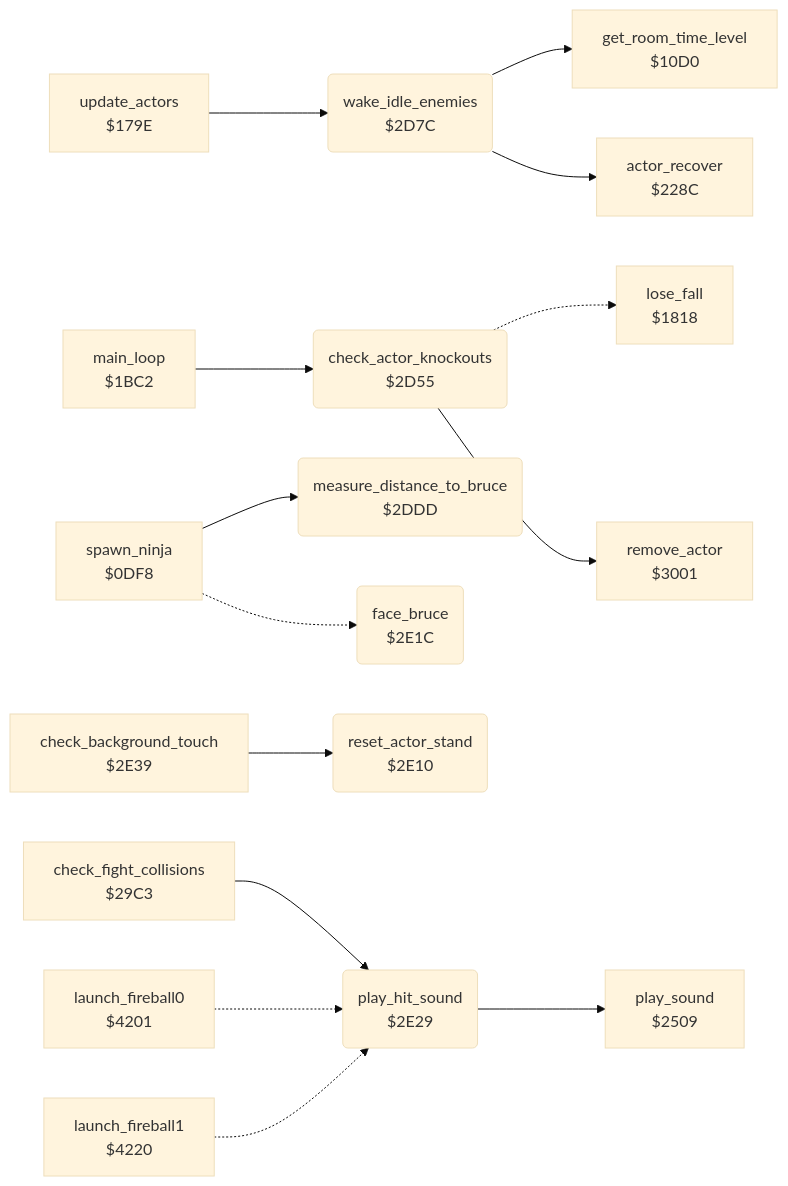
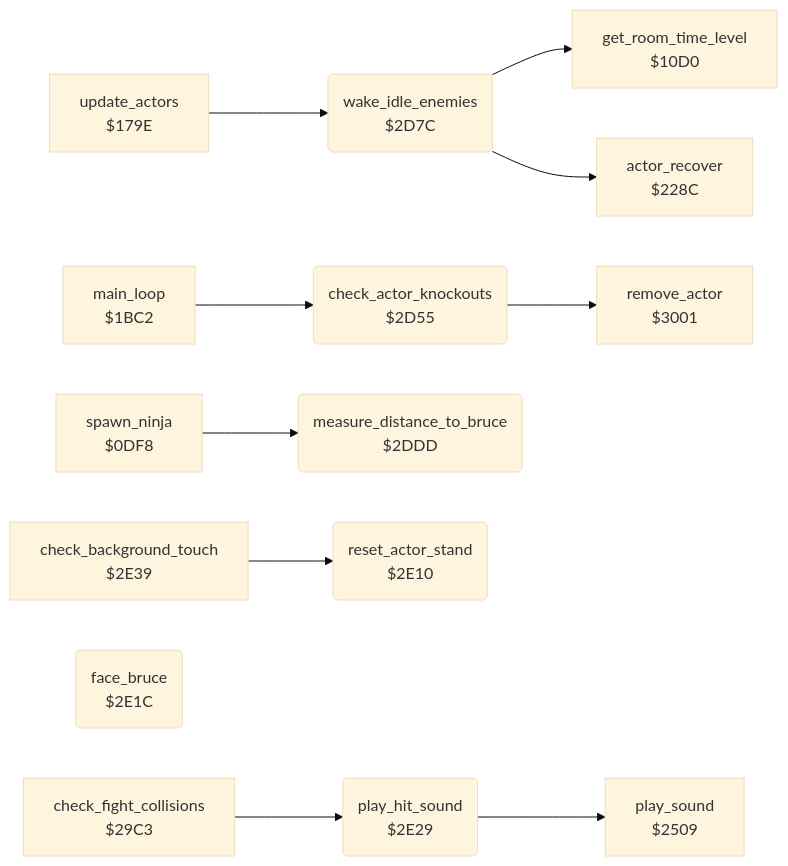
Before and after one commit to henols/c64_games: the diagram in bruce_lee/docs/reference/modules/actor/actor_helpers.md, drawn with Mermaid (base theme). The commit also changed other lines of this file and 236 other files, not shown here.

````diff
--- a/bruce_lee/docs/reference/modules/actor/actor_helpers.md
+++ b/bruce_lee/docs/reference/modules/actor/actor_helpers.md
@@ -10,34 +21,27 @@
 ```mermaid
 flowchart LR
   n0df8["spawn_ninja<br/>$0DF8"]
   n10d0["get_room_time_level<br/>$10D0"]
   n179e["update_actors<br/>$179E"]
-  n1818["lose_fall<br/>$1818"]
   n1bc2["main_loop<br/>$1BC2"]
   n228c["actor_recover<br/>$228C"]
   n2509["play_sound<br/>$2509"]
   n29c3["check_fight_collisions<br/>$29C3"]
   n2d55("check_actor_knockouts<br/>$2D55")
   n2d7c("wake_idle_enemies<br/>$2D7C")
   n2ddd("measure_distance_to_bruce<br/>$2DDD")
   n2e10("reset_actor_stand<br/>$2E10")
   n2e1c("face_bruce<br/>$2E1C")
   n2e29("play_hit_sound<br/>$2E29")
   n2e39["check_background_touch<br/>$2E39"]
   n3001["remove_actor<br/>$3001"]
-  n4201["launch_fireball0<br/>$4201"]
-  n4220["launch_fireball1<br/>$4220"]
   n0df8 --> n2ddd
-  n0df8 -.-> n2e1c
   n179e --> n2d7c
   n1bc2 --> n2d55
   n29c3 --> n2e29
-  n2d55 -.-> n1818
   n2d55 --> n3001
   n2d7c --> n10d0
   n2d7c --> n228c
   n2e29 --> n2509
   n2e39 --> n2e10
-  n4201 -.-> n2e29
-  n4220 -.-> n2e29
 ```
````
